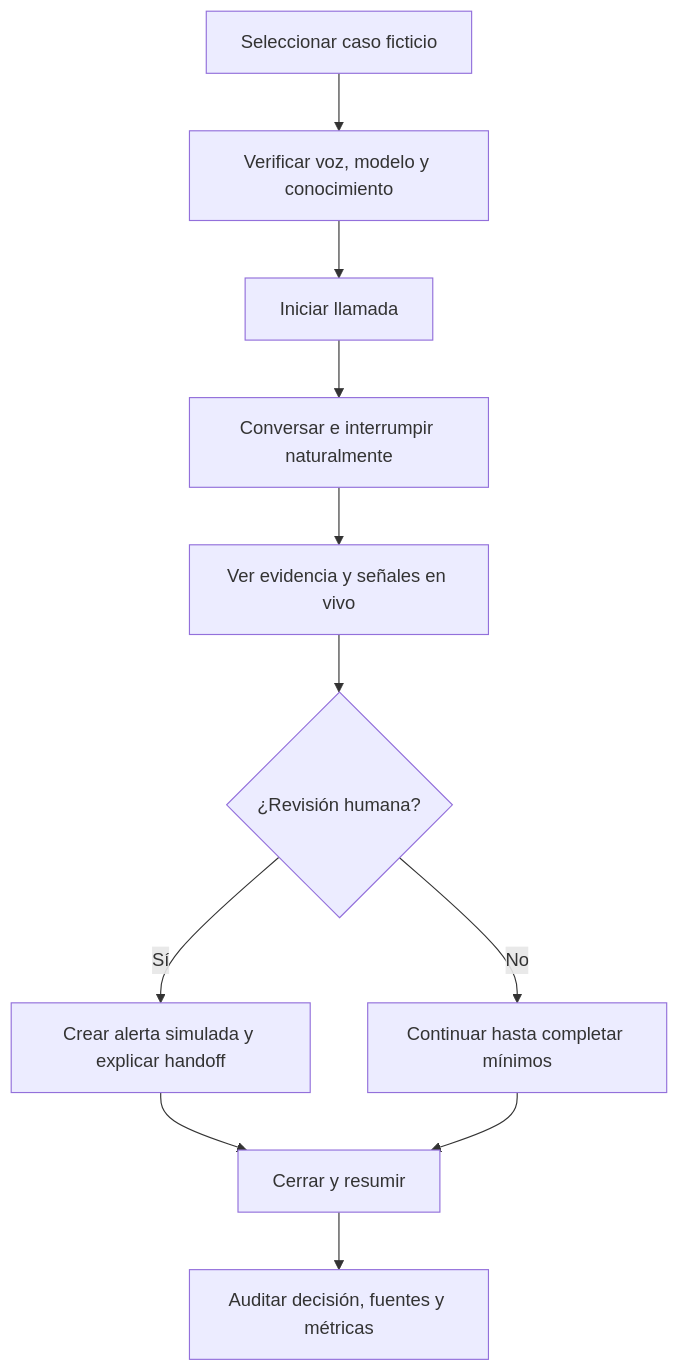
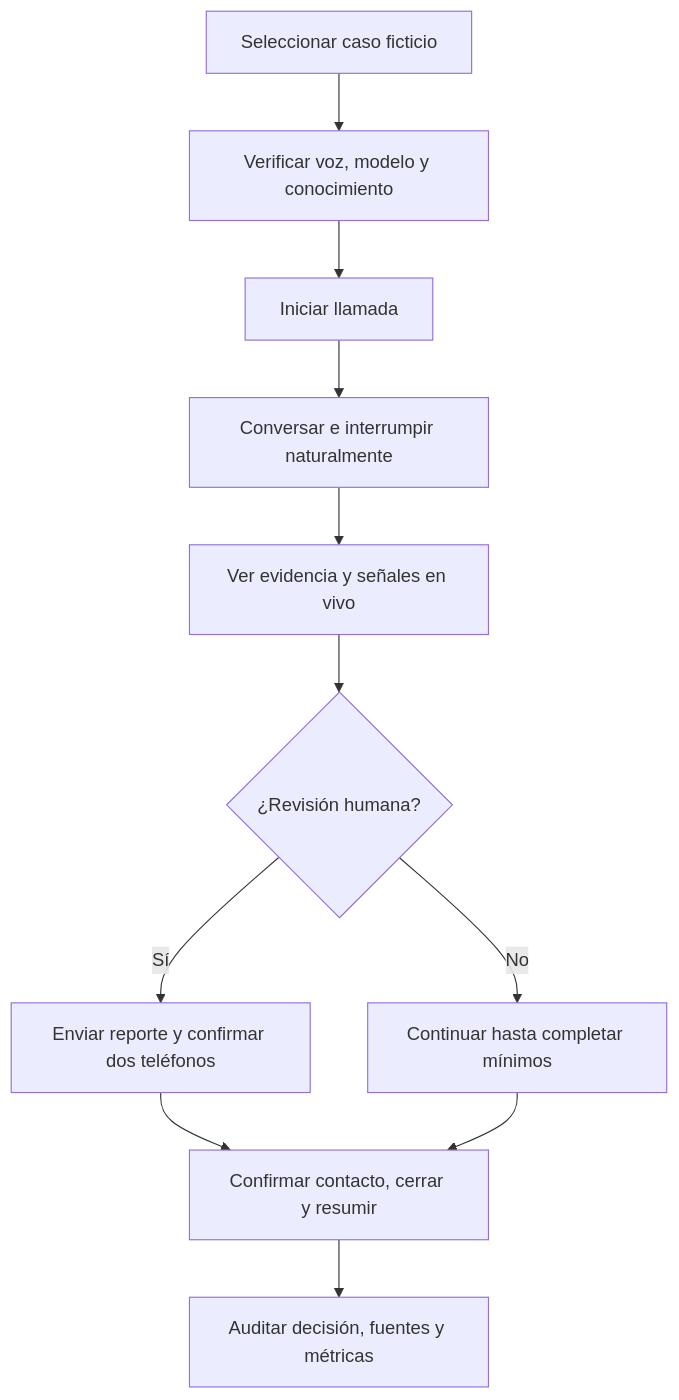
The diagram in docs/design.md (sebasga79/care-companion), drawn with Mermaid before and after one commit. The commit also changed other lines of this file and 85 other files, not shown here.

````diff
--- a/docs/design.md
+++ b/docs/design.md
@@ -52,13 +52,13 @@
 ```mermaid
 flowchart TD
     A["Seleccionar caso ficticio"] --> B["Verificar voz, modelo y conocimiento"]
     B --> C["Iniciar llamada"]
     C --> D["Conversar e interrumpir naturalmente"]
     D --> E["Ver evidencia y señales en vivo"]
     E --> F{"¿Revisión humana?"}
-    F -->|"Sí"| G["Crear alerta simulada y explicar handoff"]
+    F -->|"Sí"| G["Enviar reporte y confirmar dos teléfonos"]
     F -->|"No"| H["Continuar hasta completar mínimos"]
-    G --> I["Cerrar y resumir"]
+    G --> I["Confirmar contacto, cerrar y resumir"]
     H --> I
     I --> J["Auditar decisión, fuentes y métricas"]
 ```
````
